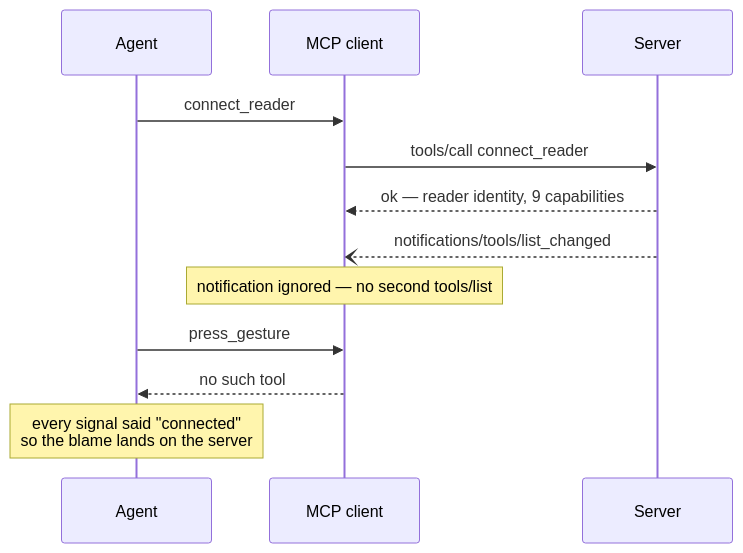
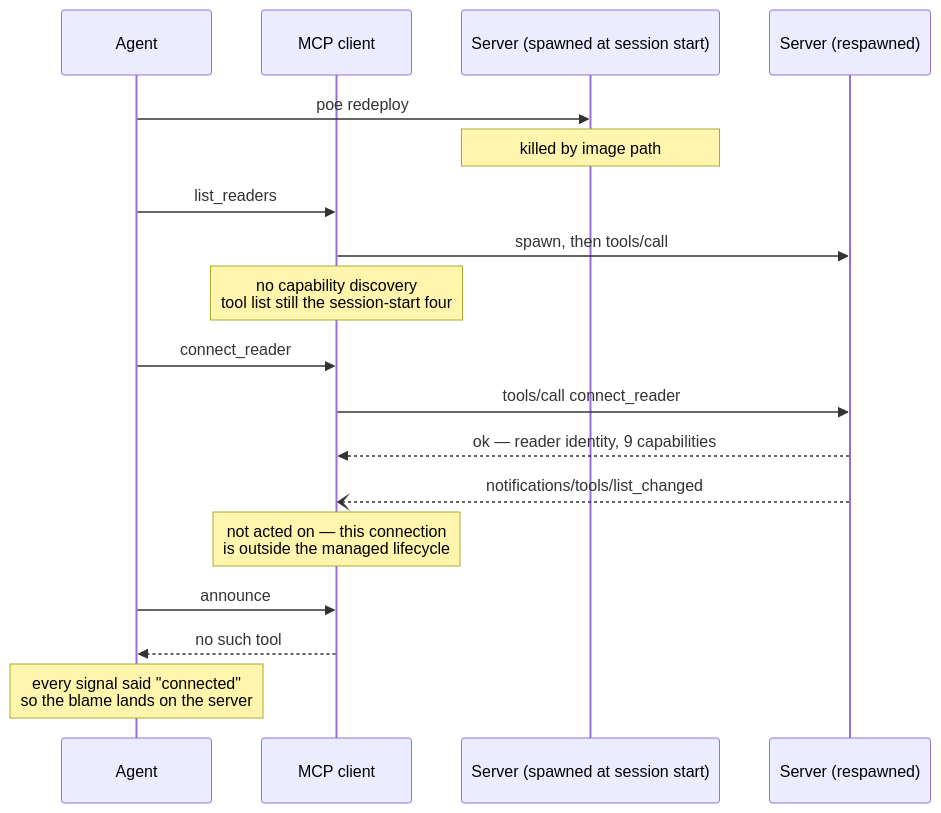
The diagram in specs/0022-tool-discovery-an-agent-can-rely-on.md (marlon-sousa/screen-readers-mcp), drawn with Mermaid before and after one commit. The commit also changed other lines of this file and 3 other files, not shown here.

First line of the commit message:
docs: 0022's premise was wrong — the redeploy severs the tool surface, not the client

````diff
--- a/specs/0022-tool-discovery-an-agent-can-rely-on.md
+++ b/specs/0022-tool-discovery-an-agent-can-rely-on.md
@@ -27,16 +77,22 @@
 ```mermaid
 sequenceDiagram
-    accTitle: How a client that ignores tools/list_changed ends up connected with nothing to call
-    accDescr: The agent calls connect_reader and the server succeeds, returning the reader identity and a full list of capabilities, then emits a tools/list_changed notification. A client that does not act on that notification never issues a second tools/list request, so its tool set is still the one it fetched before connecting, containing only the discovery and connect tools. When the agent then tries to call a gated tool such as press_gesture, the client reports that no such tool exists. Every signal the agent received said the session was healthy, so the agent concludes the server or the bridge is broken, which is the wrong component.
+    accTitle: How poe redeploy leaves a session connected to a reader with no tools to call
+    accDescr: The agent runs poe redeploy, which kills the MCP server process the client spawned, then rebuilds the binary. The agent calls a discovery tool, and the client silently spawns a fresh server process to serve it, but does not re-run capability discovery, so the tool list it holds is still the one it fetched at session start, containing only the four discovery and connection tools. The agent calls connect_reader and the new server succeeds, returning the reader identity and nine capabilities, then emits a tools list changed notification. The client is no longer acting on that server's notifications, so its tool list never grows. When the agent calls a gated tool such as announce, the client reports that no such tool exists. Every signal the agent received said the session was healthy, so the blame lands on the server or the bridge, which is the wrong component. The user running slash mcp reconnect restores capability discovery and the gated tools appear.
     participant Agent
     participant Client as MCP client
-    participant Server
+    participant Old as Server (spawned at session start)
+    participant New as Server (respawned)
+    Agent->>Old: poe redeploy
+    Note over Old: killed by image path
+    Agent->>Client: list_readers
+    Client->>New: spawn, then tools/call
+    Note over Client: no capability discovery<br/>tool list still the session-start four
     Agent->>Client: connect_reader
-    Client->>Server: tools/call connect_reader
-    Server-->>Client: ok — reader identity, 9 capabilities
-    Server--)Client: notifications/tools/list_changed
-    Note over Client: notification ignored — no second tools/list
-    Agent->>Client: press_gesture
+    Client->>New: tools/call connect_reader
+    New-->>Client: ok — reader identity, 9 capabilities
+    New--)Client: notifications/tools/list_changed
+    Note over Client: not acted on — this connection<br/>is outside the managed lifecycle
+    Agent->>Client: announce
     Client-->>Agent: no such tool
     Note over Agent: every signal said "connected"<br/>so the blame lands on the server
 ```
````
